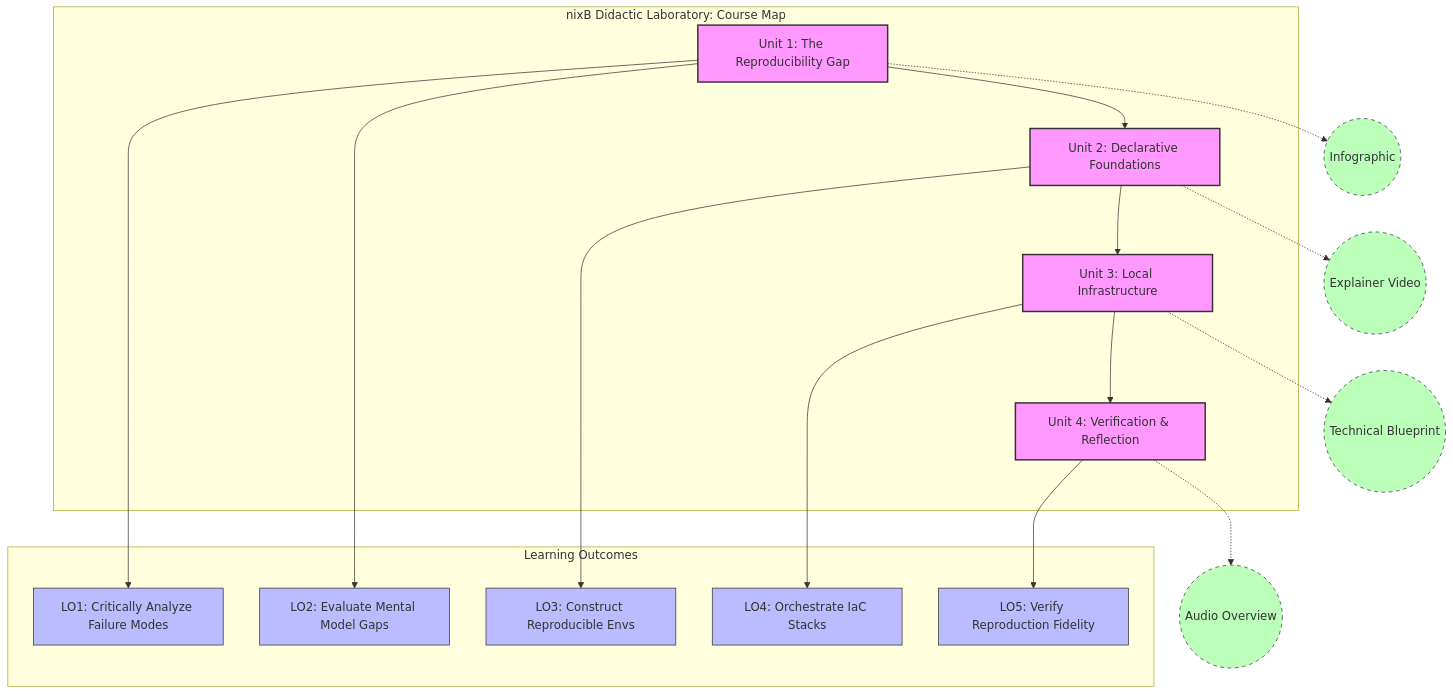
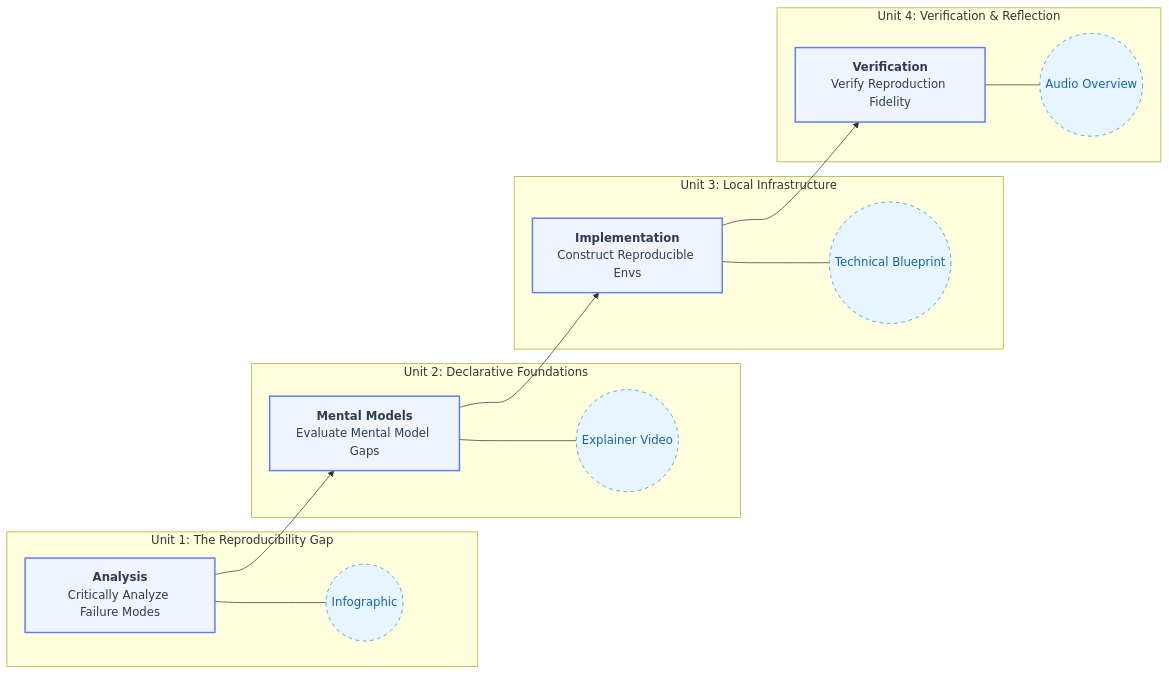
One commit to andre-amorim/ou_tm470 changed the diagram in dissertation/diagrams/nixb_course_map_flow.mmd. Above: the diagram before and after it, drawn with Mermaid. The commit also changed 58 other files, not shown here.

```diff
--- a/dissertation/diagrams/nixb_course_map_flow.mmd
+++ b/dissertation/diagrams/nixb_course_map_flow.mmd
@@ -1,28 +1,43 @@
-graph TD
-    subgraph Core [nixB Didactic Laboratory: Course Map]
-        U1[Unit 1: The Reproducibility Gap] --> U2[Unit 2: Declarative Foundations]
-        U2 --> U3[Unit 3: Local Infrastructure]
-        U3 --> U4[Unit 4: Verification & Reflection]
+graph LR
+    %% Unit 1: The Gap
+    subgraph Unit1 [Unit 1: The Reproducibility Gap]
+        U1[<b>Analysis</b><br/>Critically Analyze Failure Modes]
+        M1((Infographic))
     end
 
-    subgraph Outcomes [Learning Outcomes]
-        U1 --> LO1[LO1: Critically Analyze Failure Modes]
-        U1 --> LO2[LO2: Evaluate Mental Model Gaps]
-        U2 --> LO3[LO3: Construct Reproducible Envs]
-        U3 --> LO4[LO4: Orchestrate IaC Stacks]
-        U4 --> LO5[LO5: Verify Reproduction Fidelity]
+    %% Unit 2: Foundations
+    subgraph Unit2 [Unit 2: Declarative Foundations]
+        U2[<b>Mental Models</b><br/>Evaluate Mental Model Gaps]
+        M2((Explainer Video))
     end
 
-    %% Multimedia Indicators
-    U1 -.-> M1((Infographic))
-    U2 -.-> M2((Explainer Video))
-    U3 -.-> M3((Technical Blueprint))
-    U4 -.-> M4((Audio Overview))
+    %% Unit 3: Infrastructure
+    subgraph Unit3 [Unit 3: Local Infrastructure]
+        U3[<b>Implementation</b><br/>Construct Reproducible Envs]
+        M3((Technical Blueprint))
+    end
 
-    classDef unit fill:#f9f,stroke:#333,stroke-width:2px;
-    classDef outcome fill:#bbf,stroke:#333,stroke-width:1px;
-    classDef multi fill:#bfb,stroke:#333,stroke-dasharray: 5 5;
+    %% Unit 4: Reflection
+    subgraph Unit4 [Unit 4: Verification & Reflection]
+        U4[<b>Verification</b><br/>Verify Reproduction Fidelity]
+        M4((Audio Overview))
+    end
+
+    %% Flow and Dependencies
+    U1 --> U2
+    U2 --> U3
+    U3 --> U4
+
+    %% Multimedia Linkage
+    U1 --- M1
+    U2 --- M2
+    U3 --- M3
+    U4 --- M4
+
+    %% Styling
+    classDef unit fill:#f0f4ff,stroke:#5c7cfa,stroke-width:2px,color:#2b3e50;
+    classDef multimedia fill:#e7f5ff,stroke:#228be6,stroke-dasharray: 5 5,color:#1864ab;
+    classDef header font-weight:bold,font-size:16px;
 
     class U1,U2,U3,U4 unit;
-    class LO1,LO2,LO3,LO4,LO5 outcome;
-    class M1,M2,M3,M4 multi;
+    class M1,M2,M3,M4 multimedia;
```
